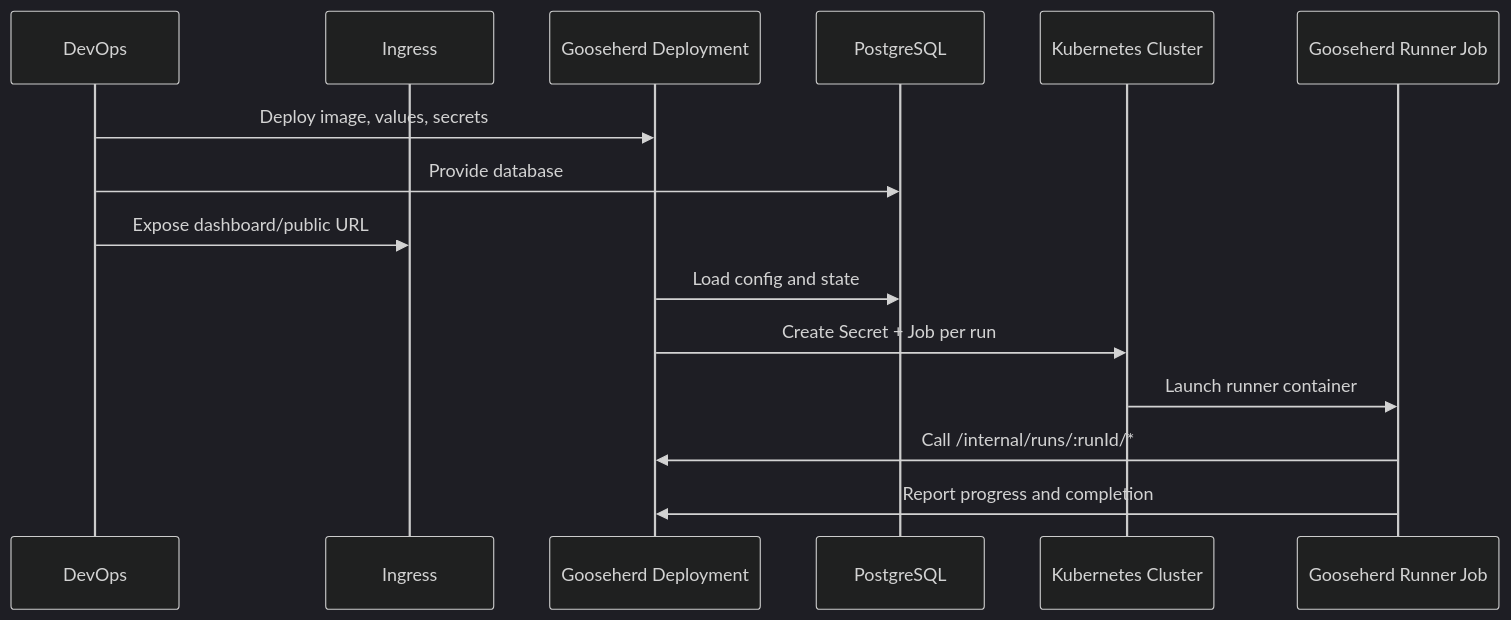
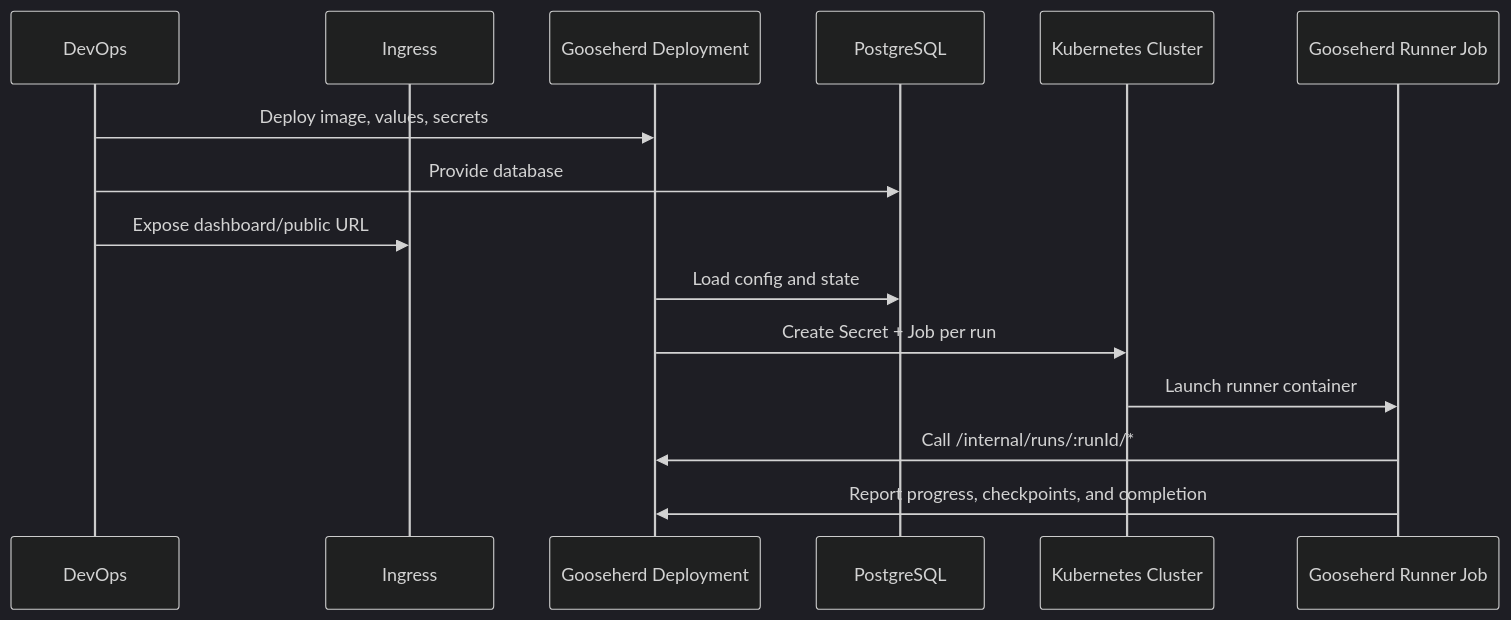
Before and after one commit to Chocksy/gooseherd: the second of 2 diagrams in docs/installation-kubernetes.md, drawn with Mermaid (dark theme). The commit also changed other lines of this file and 39 other files, not shown here.

Commit message:
refactor: Drive work item progress via run checkpoints

````diff
--- a/docs/installation-kubernetes.md
+++ b/docs/installation-kubernetes.md
@@ -83,18 +84,18 @@
 ```mermaid
 sequenceDiagram
     participant DevOps
     participant Ingress
     participant App as Gooseherd Deployment
     participant DB as PostgreSQL
     participant K8s as Kubernetes Cluster
     participant Job as Gooseherd Runner Job
 
     DevOps->>App: Deploy image, values, secrets
     DevOps->>DB: Provide database
     DevOps->>Ingress: Expose dashboard/public URL
     App->>DB: Load config and state
     App->>K8s: Create Secret + Job per run
     K8s->>Job: Launch runner container
     Job->>App: Call /internal/runs/:runId/*
-    Job->>App: Report progress and completion
+    Job->>App: Report progress, checkpoints, and completion
 ```
````
